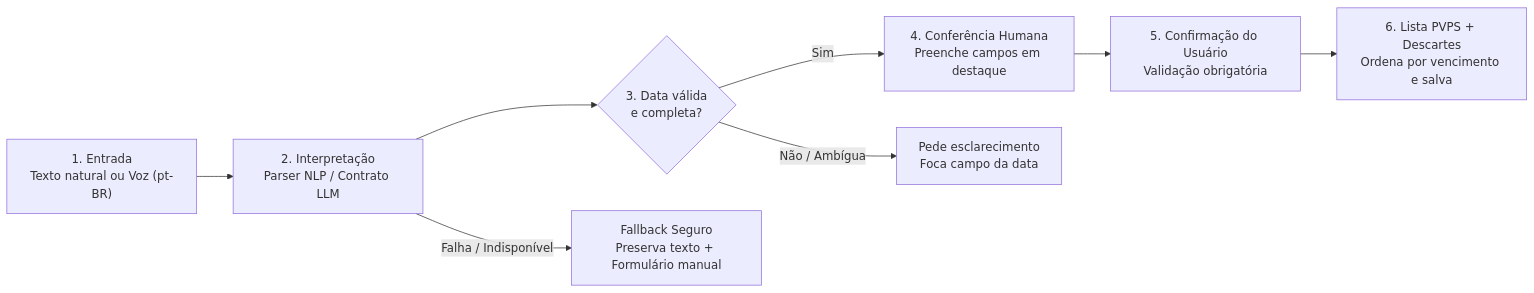
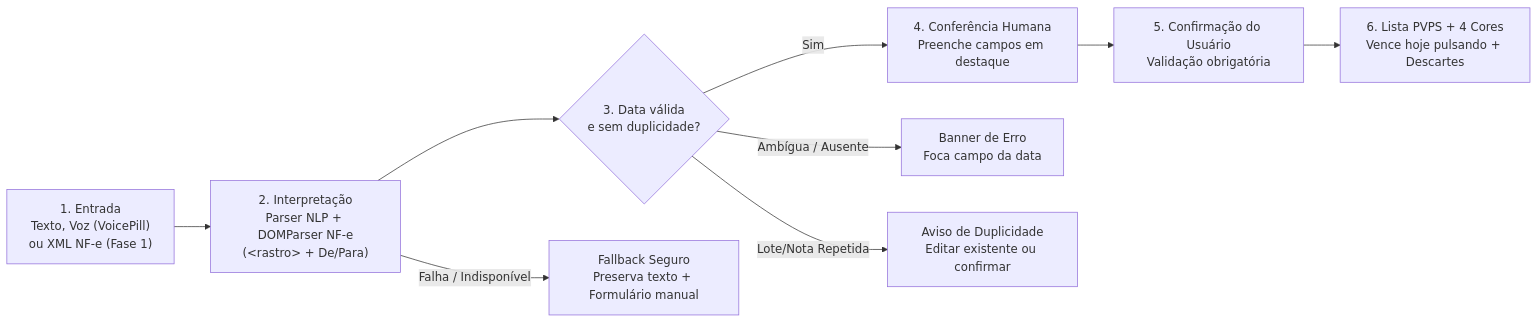
One commit to fabioboeingsantos/Sync changed the diagram in Insumo vencendo na cozinha/agente_IA/arquitetura-passo-a-passo.md. Above: the diagram before and after it, drawn with Mermaid. The commit also changed other lines of this file and 30 other files, not shown here.

Commit message:
feat: cores semanticas de validade, VoicePill, duplicidade, NF-e Fase 1 e pitch atualizado

````diff
--- a/Insumo vencendo na cozinha/agente_IA/arquitetura-passo-a-passo.md
+++ b/Insumo vencendo na cozinha/agente_IA/arquitetura-passo-a-passo.md
@@ -20,10 +21,11 @@
 ```mermaid
 flowchart LR
-    A["1. Entrada<br/>Texto natural ou Voz (pt-BR)"] --> B["2. Interpretação<br/>Parser NLP / Contrato LLM"]
-    B --> C{"3. Data válida<br/>e completa?"}
+    A["1. Entrada<br/>Texto, Voz (VoicePill)<br/>ou XML NF-e (Fase 1)"] --> B["2. Interpretação<br/>Parser NLP + DOMParser NF-e<br/>(&lt;rastro&gt; + De/Para)"]
+    B --> C{"3. Data válida<br/>e sem duplicidade?"}
     C -- "Sim" --> D["4. Conferência Humana<br/>Preenche campos em destaque"]
-    C -- "Não / Ambígua" --> E["Pede esclarecimento<br/>Foca campo da data"]
+    C -- "Ambígua / Ausente" --> E["Banner de Erro<br/>Foca campo da data"]
+    C -- "Lote/Nota Repetida" --> R["Aviso de Duplicidade<br/>Editar existente ou confirmar"]
     B -- "Falha / Indisponível" --> F["Fallback Seguro<br/>Preserva texto + Formulário manual"]
     D --> G["5. Confirmação do Usuário<br/>Validação obrigatória"]
-    G --> H["6. Lista PVPS + Descartes<br/>Ordena por vencimento e salva"]
+    G --> H["6. Lista PVPS + 4 Cores<br/>Vence hoje pulsando + Descartes"]
 ```
````
